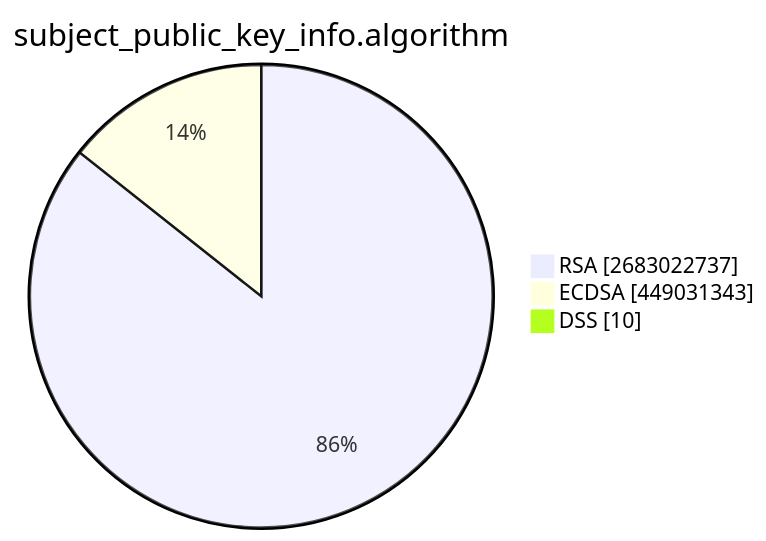
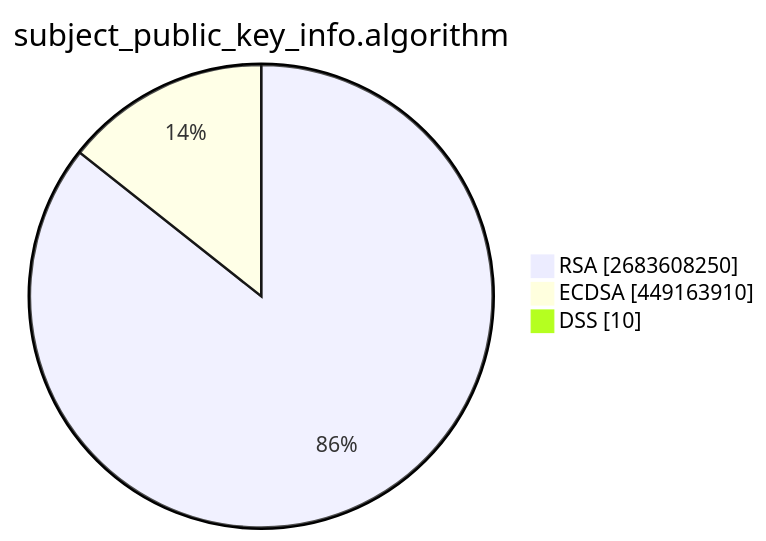
Before and after one commit to christiankrug/ctmonitor_visualization: the second of 15 diagrams in TOTAL/README.md, drawn with Mermaid. The commit also changed other lines of this file, not shown here.

````diff
--- a/TOTAL/README.md
+++ b/TOTAL/README.md
@@ -6,7 +6,7 @@
 ```mermaid
 pie showData
 title subject_public_key_info.algorithm
-"RSA" :2683022737
-"ECDSA" :449031343
+"RSA" :2683608250
+"ECDSA" :449163910
 "DSS" :10
 ```
````
